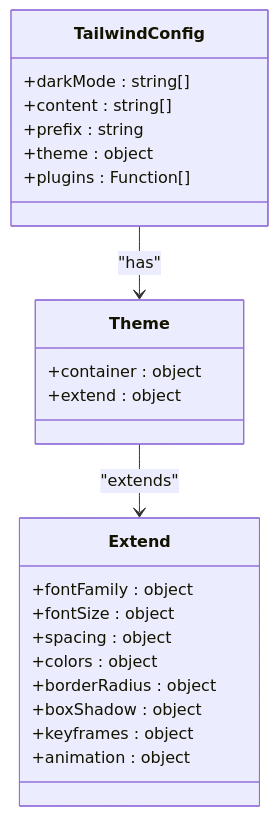
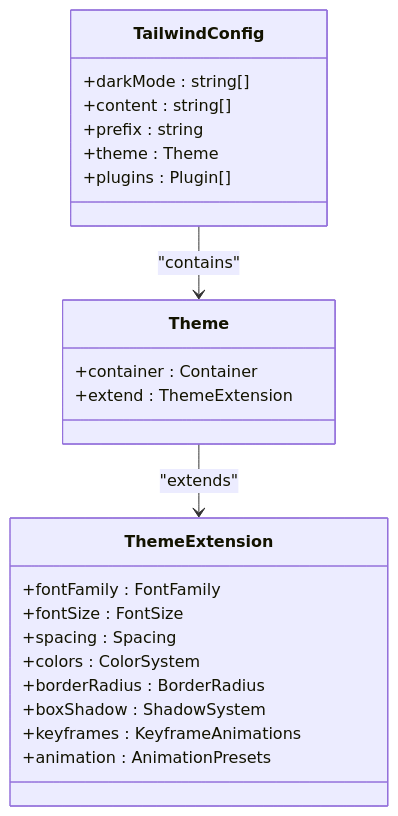
One commit to sleekapparels-admin/sleekapp-v100 changed the first of 8 diagrams in .qoder/repowiki/en/content/Frontend Architecture/Styling Strategy.md. Above: the diagram before and after it, drawn with Mermaid. The commit also changed other lines of this file and 337 other files, not shown here.

````diff
--- a/.qoder/repowiki/en/content/Frontend Architecture/Styling Strategy.md
+++ b/.qoder/repowiki/en/content/Frontend Architecture/Styling Strategy.md
@@ -46,26 +53,26 @@
 ```mermaid
 classDiagram
 class TailwindConfig {
 +darkMode : string[]
 +content : string[]
 +prefix : string
-+theme : object
-+plugins : Function[]
++theme : Theme
++plugins : Plugin[]
 }
 class Theme {
-+container : object
-+extend : object
++container : Container
++extend : ThemeExtension
 }
-class Extend {
-+fontFamily : object
-+fontSize : object
-+spacing : object
-+colors : object
-+borderRadius : object
-+boxShadow : object
-+keyframes : object
-+animation : object
+class ThemeExtension {
++fontFamily : FontFamily
++fontSize : FontSize
++spacing : Spacing
++colors : ColorSystem
++borderRadius : BorderRadius
++boxShadow : ShadowSystem
++keyframes : KeyframeAnimations
++animation : AnimationPresets
 }
-TailwindConfig --> Theme : "has"
-Theme --> Extend : "extends"
+TailwindConfig --> Theme : "contains"
+Theme --> ThemeExtension : "extends"
 ```
````
